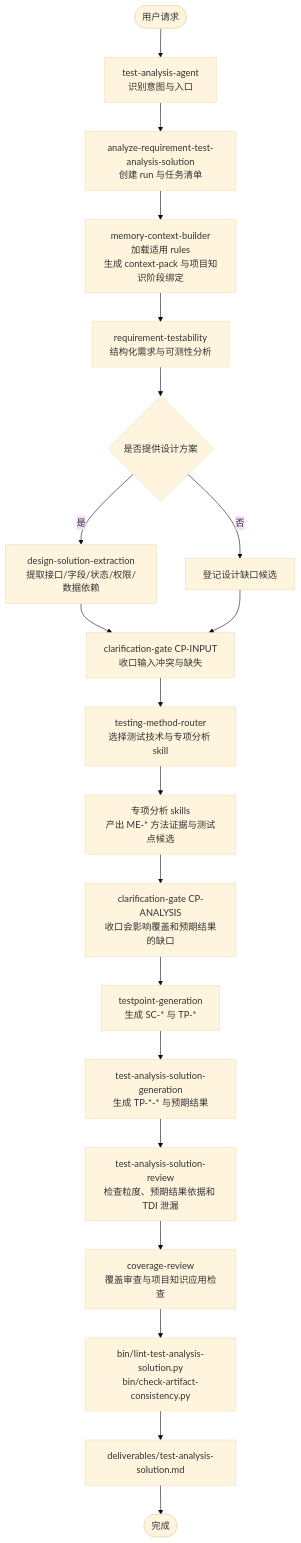
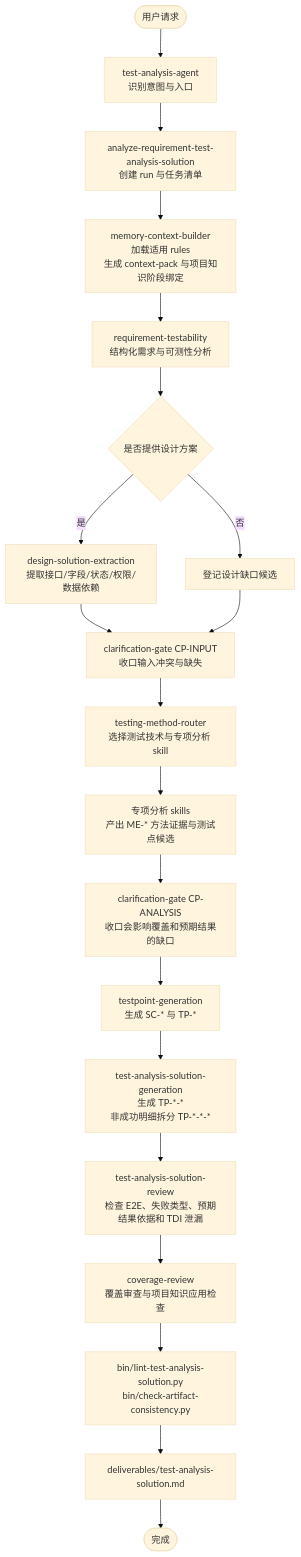
Before and after one commit to szluoqy-byte/Test-Analysis-Agent-MM: the second of 2 diagrams in docs/test-analysis-agent-design.md, drawn with Mermaid (base theme). The commit also changed other lines of this file and 40 other files, not shown here.

````diff
--- a/docs/test-analysis-agent-design.md
+++ b/docs/test-analysis-agent-design.md
@@ -91,23 +109,23 @@
 ```mermaid
 flowchart TD
   start([用户请求])
   start --> agent[test-analysis-agent<br/>识别意图与入口]
   agent --> main[analyze-requirement-test-analysis-solution<br/>创建 run 与任务清单]
   main --> ctx[memory-context-builder<br/>加载适用 rules<br/>生成 context-pack 与项目知识阶段绑定]
   ctx --> req[requirement-testability<br/>结构化需求与可测性分析]
   req --> hasDesign{是否提供设计方案}
   hasDesign -- 是 --> design[design-solution-extraction<br/>提取接口/字段/状态/权限/数据依赖]
   hasDesign -- 否 --> designGap[登记设计缺口候选]
   design --> cpInput[clarification-gate CP-INPUT<br/>收口输入冲突与缺失]
   designGap --> cpInput
   cpInput --> route[testing-method-router<br/>选择测试技术与专项分析 skill]
   route --> methods[专项分析 skills<br/>产出 ME-* 方法证据与测试点候选]
   methods --> cpAnalysis[clarification-gate CP-ANALYSIS<br/>收口会影响覆盖和预期结果的缺口]
   cpAnalysis --> tp[testpoint-generation<br/>生成 SC-* 与 TP-*]
-  tp --> analysis[test-analysis-solution-generation<br/>生成 TP-*-* 与预期结果]
-  analysis --> review[test-analysis-solution-review<br/>检查粒度、预期结果依据和 TDI 泄漏]
+  tp --> analysis[test-analysis-solution-generation<br/>生成 TP-*-*<br/>非成功明细拆分 TP-*-*-*]
+  analysis --> review[test-analysis-solution-review<br/>检查 E2E、失败类型、预期结果依据和 TDI 泄漏]
   review --> coverage[coverage-review<br/>覆盖审查与项目知识应用检查]
   coverage --> lint[bin/lint-test-analysis-solution.py<br/>bin/check-artifact-consistency.py]
   lint --> output[deliverables/test-analysis-solution.md]
   output --> finish([完成])
 ```
````
